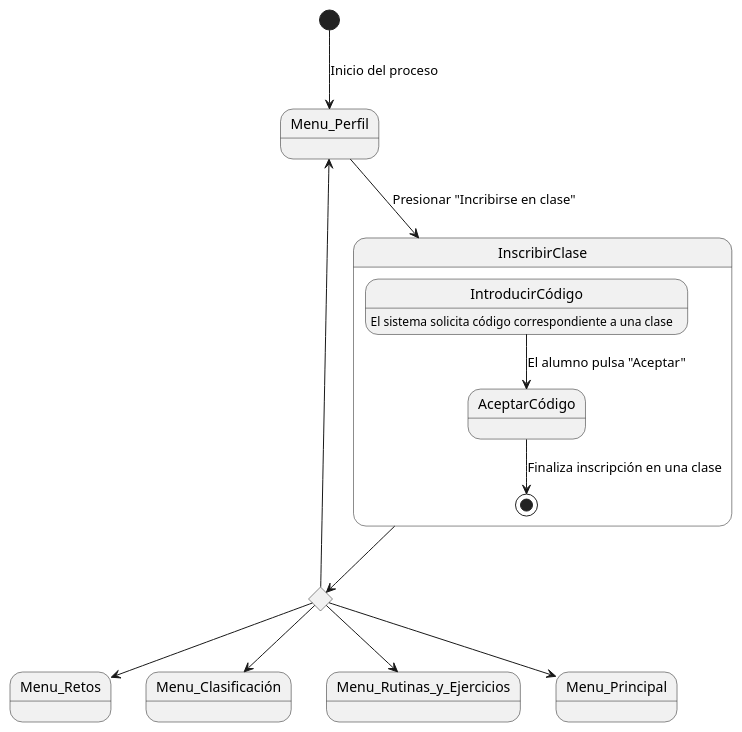
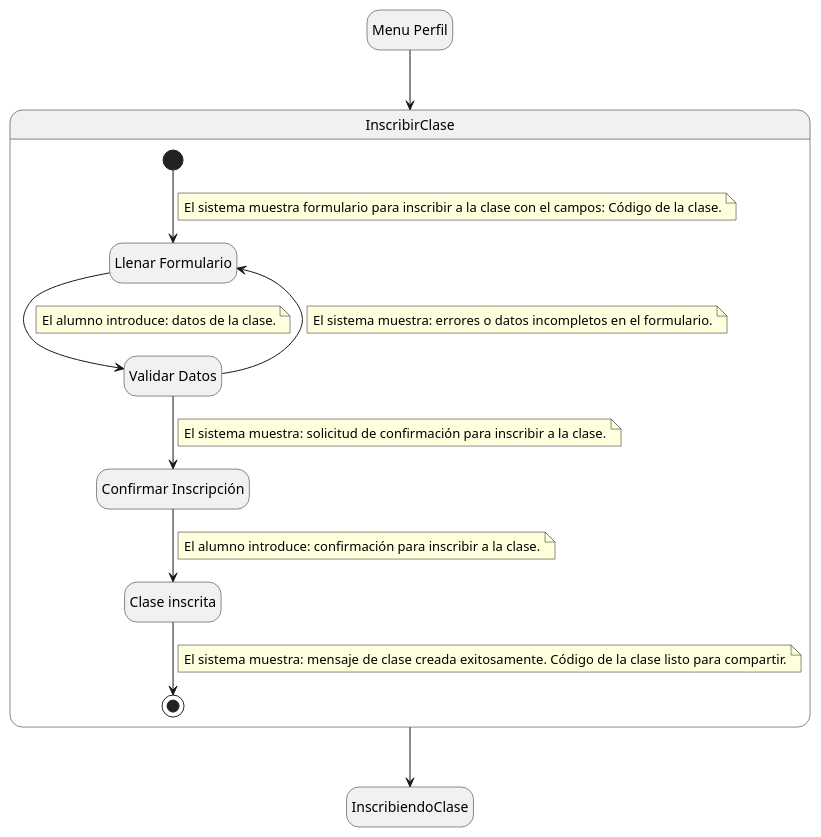
One commit to mmasias/24-25-IdSw1-SDR changed the diagram in Documentos/DetallarCasosDeUso/Alumno/InscribirClase.puml. Above: the diagram before and after it, drawn with PlantUML.

```diff
--- a/Documentos/DetallarCasosDeUso/Alumno/InscribirClase.puml
+++ b/Documentos/DetallarCasosDeUso/Alumno/InscribirClase.puml
@@ -1,20 +1,48 @@
-@startuml
-top to bottom direction
+@startuml InscribirClase
 
-[*] --> Menu_Perfil : Inicio del proceso
-state rombo <<choice>>
-rombo -u-> Menu_Perfil
-rombo --> Menu_Retos
-rombo --> Menu_Clasificación
-rombo --> Menu_Rutinas_y_Ejercicios
-rombo --> Menu_Principal
-
-Menu_Perfil --> InscribirClase : Presionar "Incribirse en clase"
-InscribirClase --> rombo
+hide empty description
+state InscribiendoClase
+state Menu_Perfil as "Menu Perfil"
 
 state InscribirClase {
-  IntroducirCódigo : El sistema solicita código correspondiente a una clase
-  IntroducirCódigo --> AceptarCódigo : El alumno pulsa "Aceptar"
-  AceptarCódigo --> [*] : Finaliza inscripción en una clase
+
+    state Formulario as "Llenar Formulario"
+    state ValidarDatos as "Validar Datos"
+    state ConfirmarInscripcion as "Confirmar Inscripción"
+    state ClaseInscrita as "Clase inscrita"
+
+    [*] --> Formulario
+    note on link
+        El sistema muestra formulario para inscribir a la clase con el campos: Código de la clase.
+    end note
+
+    Formulario --> ValidarDatos
+    note on link
+        El alumno introduce: datos de la clase.
+    end note
+
+    ValidarDatos --> ConfirmarInscripcion
+    note on link
+        El sistema muestra: solicitud de confirmación para inscribir a la clase.
+    end note
+
+    ValidarDatos --> Formulario
+    note on link
+        El sistema muestra: errores o datos incompletos en el formulario.
+    end note
+
+    ConfirmarInscripcion --> ClaseInscrita
+    note on link
+        El alumno introduce: confirmación para inscribir a la clase.
+    end note
+
+    ClaseInscrita --> [*]
+    note on link
+        El sistema muestra: mensaje de clase creada exitosamente. Código de la clase listo para compartir.
+    end note
 }
+
+Menu_Perfil --> InscribirClase
+InscribirClase --> InscribiendoClase
+
 @enduml
```
